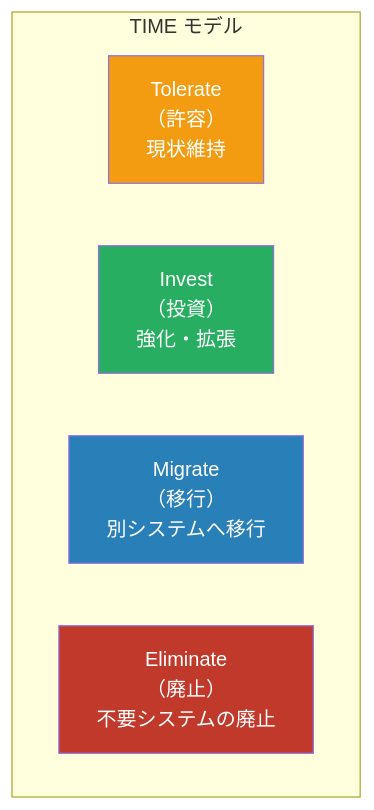
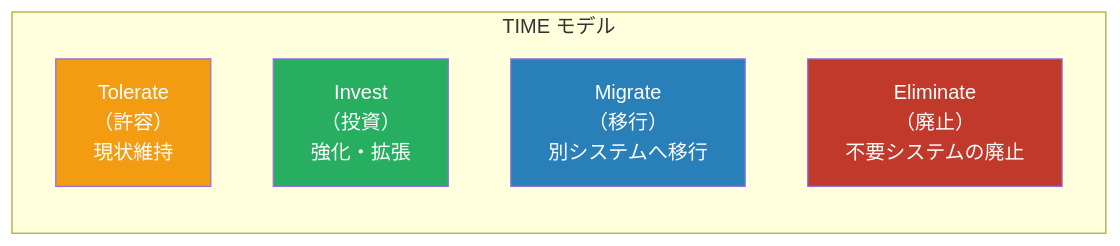
One commit to shuji-bonji/Management-of-software-systems-and-services changed the third of 7 diagrams in enterprise-architecture-map.md. Above: the diagram before and after it, drawn with Mermaid. The commit also changed other lines of this file and 9 other files, not shown here.

Commit message:
fix: Mermaid図の改善

````diff
--- a/enterprise-architecture-map.md
+++ b/enterprise-architecture-map.md
@@ -214,14 +207,14 @@
 ```mermaid
-graph TD
+graph LR
     subgraph TIME["TIME モデル"]
-        T["Tolerate\n（許容）\n現状維持"]
-        I["Invest\n（投資）\n強化・拡張"]
-        M["Migrate\n（移行）\n別システムへ移行"]
-        E["Eliminate\n（廃止）\n不要システムの廃止"]
+        T["Tolerate<br>（許容）<br>現状維持"]
+        I["Invest<br>（投資）<br>強化・拡張"]
+        M["Migrate<br>（移行）<br>別システムへ移行"]
+        E["Eliminate<br>（廃止）<br>不要システムの廃止"]
     end
 
     style T fill:#F39C12,color:#fff
     style I fill:#27AE60,color:#fff
     style M fill:#2980B9,color:#fff
     style E fill:#C0392B,color:#fff
 ```
````
